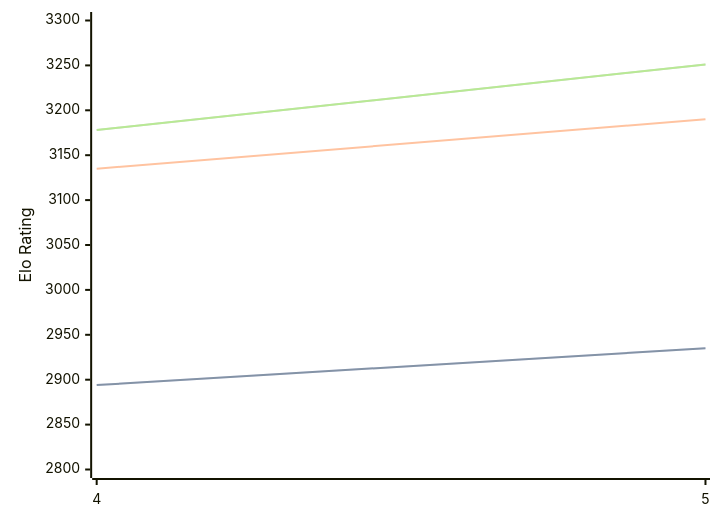
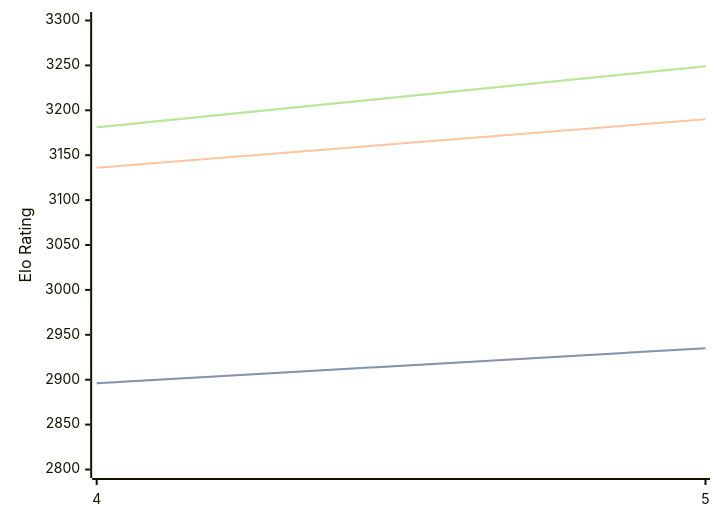
The diagram in engines/Cwtch.md (computer-chess-index/cci), drawn with Mermaid before and after one commit. The commit also changed other lines of this file, not shown here.

Commit message:
Update CCI Ratings (ELO VLTC) - 2026-05-06

````diff
--- a/engines/Cwtch.md
+++ b/engines/Cwtch.md
@@ -34,11 +34,11 @@
 ```mermaid
 %%{init: {"theme":"base","themeVariables":{"seriesColors:['#a3a3a3','#222221','#faa371']}}}%%
 xychart-beta
   x-axis ["4", "5"]
   y-axis "Elo Rating" 2800 --> 3300
-  line "STC (8.0+0.08s)" [2894, 2935]
-  line "STC (8.0+0.08s)" [2894, 2935]
-  line "LTC (60.0+0.60s)" [3135, 3190]
-  line "VLTC (2m24s+1.12s)" [3178, 3251]
-  line "VLTC (2m24s+1.12s)" [3178, 3251]
+  line "STC (8.0+0.08s)" [2896, 2935]
+  line "STC (8.0+0.08s)" [2896, 2935]
+  line "LTC (60.0+0.60s)" [3136, 3190]
+  line "VLTC (2m24s+1.12s)" [3181, 3249]
+  line "VLTC (2m24s+1.12s)" [3181, 3249]
 ```
````
